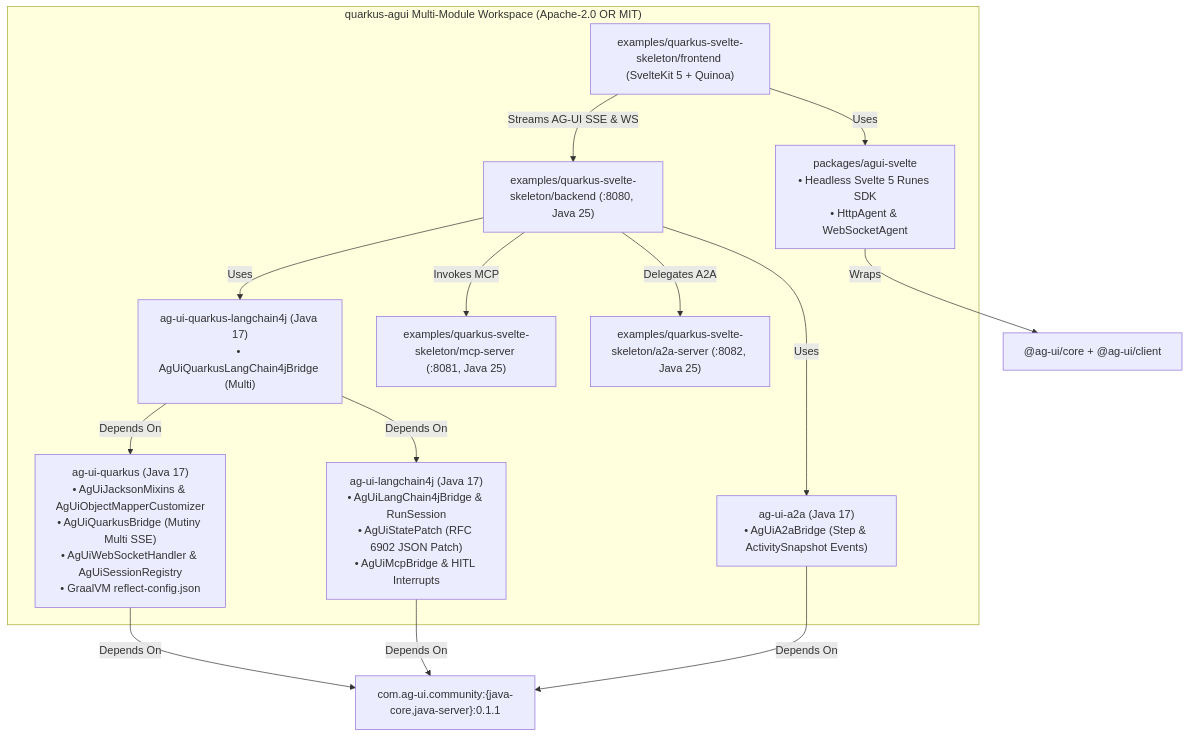
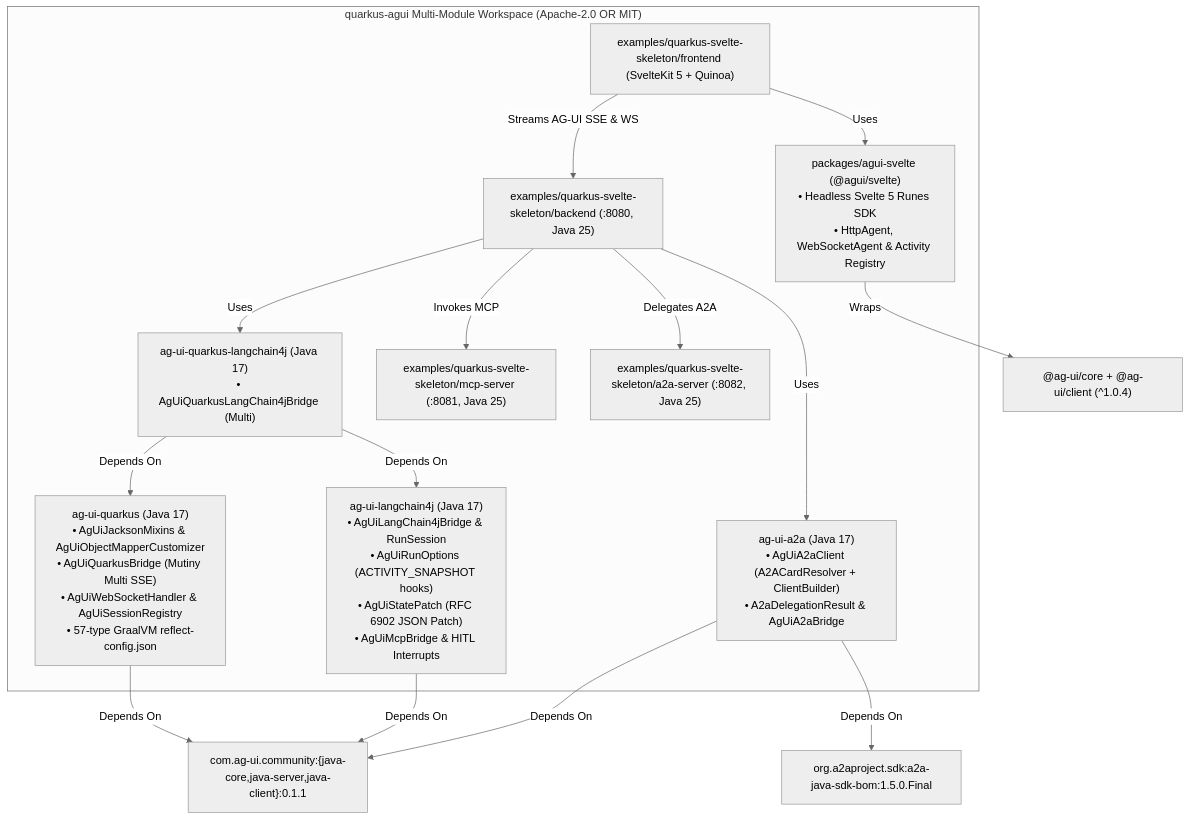
Before and after one commit to fmatar/quarkus-agui: the second of 3 diagrams in docs/specs/C4_ARCHITECTURE.md, drawn with Mermaid. The commit also changed other lines of this file and 14 other files, not shown here.

````diff
--- a/docs/specs/C4_ARCHITECTURE.md
+++ b/docs/specs/C4_ARCHITECTURE.md
@@ -21,30 +22,33 @@
 ```mermaid
+%%{init: {'theme': 'neutral'}}%%
 flowchart TD
-    UpstreamJava["com.ag-ui.community:{java-core,java-server}:0.1.1"]
-    UpstreamJs["@ag-ui/core + @ag-ui/client"]
+    UpstreamJava["com.ag-ui.community:{java-core,java-server,java-client}:0.1.1"]
+    UpstreamA2a["org.a2aproject.sdk:a2a-java-sdk-bom:1.5.0.Final"]
+    UpstreamJs["@ag-ui/core + @ag-ui/client (^1.0.4)"]
 
     subgraph Repo["quarkus-agui Multi-Module Workspace (Apache-2.0 OR MIT)"]
-        QuarkusMod["ag-ui-quarkus (Java 17)\n• AgUiJacksonMixins & AgUiObjectMapperCustomizer\n• AgUiQuarkusBridge (Mutiny Multi SSE)\n• AgUiWebSocketHandler & AgUiSessionRegistry\n• GraalVM reflect-config.json"]
-        Lc4jMod["ag-ui-langchain4j (Java 17)\n• AgUiLangChain4jBridge & RunSession\n• AgUiStatePatch (RFC 6902 JSON Patch)\n• AgUiMcpBridge & HITL Interrupts"]
+        QuarkusMod["ag-ui-quarkus (Java 17)\n• AgUiJacksonMixins & AgUiObjectMapperCustomizer\n• AgUiQuarkusBridge (Mutiny Multi SSE)\n• AgUiWebSocketHandler & AgUiSessionRegistry\n• 57-type GraalVM reflect-config.json"]
+        Lc4jMod["ag-ui-langchain4j (Java 17)\n• AgUiLangChain4jBridge & RunSession\n• AgUiRunOptions (ACTIVITY_SNAPSHOT hooks)\n• AgUiStatePatch (RFC 6902 JSON Patch)\n• AgUiMcpBridge & HITL Interrupts"]
         QLc4jMod["ag-ui-quarkus-langchain4j (Java 17)\n• AgUiQuarkusLangChain4jBridge (Multi<ChatEvent>)"]
-        A2aMod["ag-ui-a2a (Java 17)\n• AgUiA2aBridge (Step & ActivitySnapshot Events)"]
-        SveltePkg["packages/agui-svelte\n• Headless Svelte 5 Runes SDK\n• HttpAgent & WebSocketAgent"]
+        A2aMod["ag-ui-a2a (Java 17)\n• AgUiA2aClient (A2ACardResolver + ClientBuilder)\n• A2aDelegationResult & AgUiA2aBridge"]
+        SveltePkg["packages/agui-svelte (@agui/svelte)\n• Headless Svelte 5 Runes SDK\n• HttpAgent, WebSocketAgent & Activity Registry"]
         ExMcp["examples/quarkus-svelte-skeleton/mcp-server (:8081, Java 25)"]
         ExA2a["examples/quarkus-svelte-skeleton/a2a-server (:8082, Java 25)"]
         ExBackend["examples/quarkus-svelte-skeleton/backend (:8080, Java 25)"]
         ExFrontend["examples/quarkus-svelte-skeleton/frontend (SvelteKit 5 + Quinoa)"]
     end
 
     QuarkusMod -->|"Depends On"| UpstreamJava
     Lc4jMod -->|"Depends On"| UpstreamJava
     A2aMod -->|"Depends On"| UpstreamJava
+    A2aMod -->|"Depends On"| UpstreamA2a
     QLc4jMod -->|"Depends On"| QuarkusMod
     QLc4jMod -->|"Depends On"| Lc4jMod
     SveltePkg -->|"Wraps"| UpstreamJs
     ExBackend -->|"Uses"| QLc4jMod
     ExBackend -->|"Uses"| A2aMod
     ExBackend -->|"Invokes MCP"| ExMcp
     ExBackend -->|"Delegates A2A"| ExA2a
     ExFrontend -->|"Uses"| SveltePkg
     ExFrontend -->|"Streams AG-UI SSE & WS"| ExBackend
 ```
````
